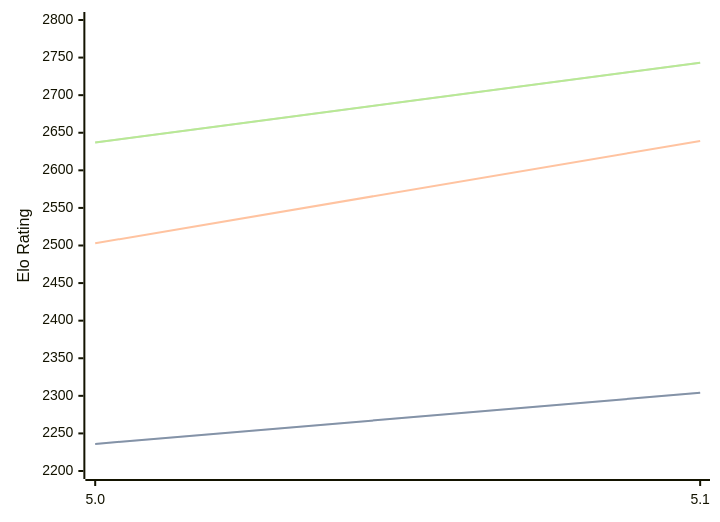
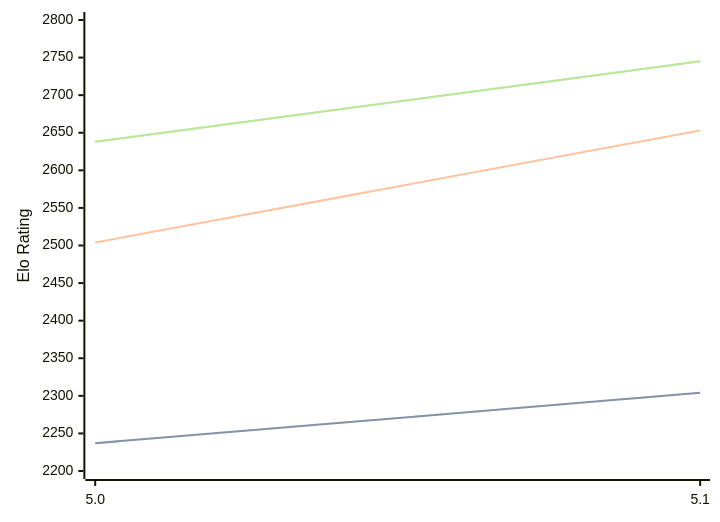
One commit to computer-chess-index/cci changed the diagram in engines/Dorky.md. Above: the diagram before and after it, drawn with Mermaid. The commit also changed other lines of this file, not shown here.

Commit message:
Update CCI Ratings (ELO VLTC) - 2026-08-26

````diff
--- a/engines/Dorky.md
+++ b/engines/Dorky.md
@@ -32,11 +32,11 @@
 ```mermaid
 %%{init: {"theme":"base","themeVariables":{"seriesColors:['#a3a3a3','#222221','#faa371']}}}%%
 xychart-beta
   x-axis ["5.0", "5.1"]
   y-axis "Elo Rating" 2200 --> 2800
-  line "STC (8.0+0.08s)" [2236, 2304]
-  line "STC (8.0+0.08s)" [2236, 2304]
-  line "LTC (60.0+0.60s)" [2503, 2639]
-  line "VLTC (2m24s+1.12s)" [2637, 2743]
-  line "VLTC (2m24s+1.12s)" [2637, 2743]
+  line "STC (8.0+0.08s)" [2237, 2304]
+  line "STC (8.0+0.08s)" [2237, 2304]
+  line "LTC (60.0+0.60s)" [2504, 2653]
+  line "VLTC (2m24s+1.12s)" [2638, 2745]
+  line "VLTC (2m24s+1.12s)" [2638, 2745]
 ```
````
